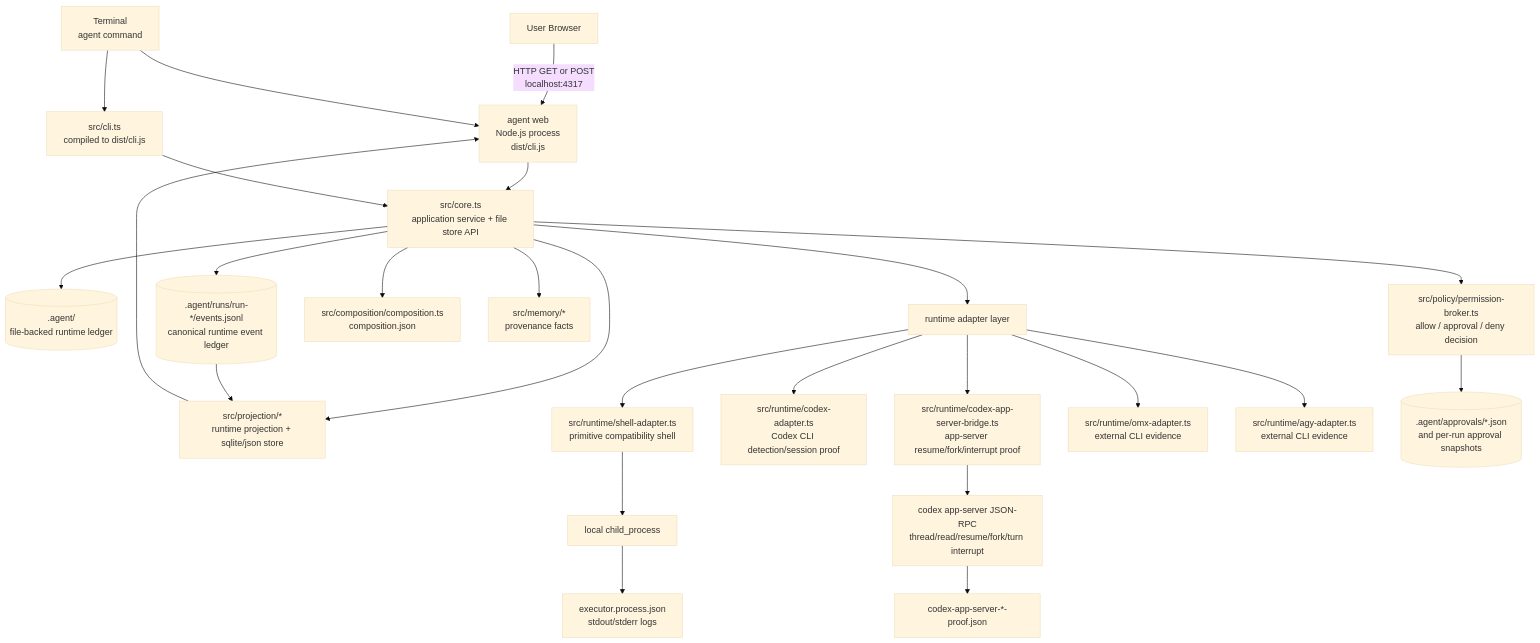
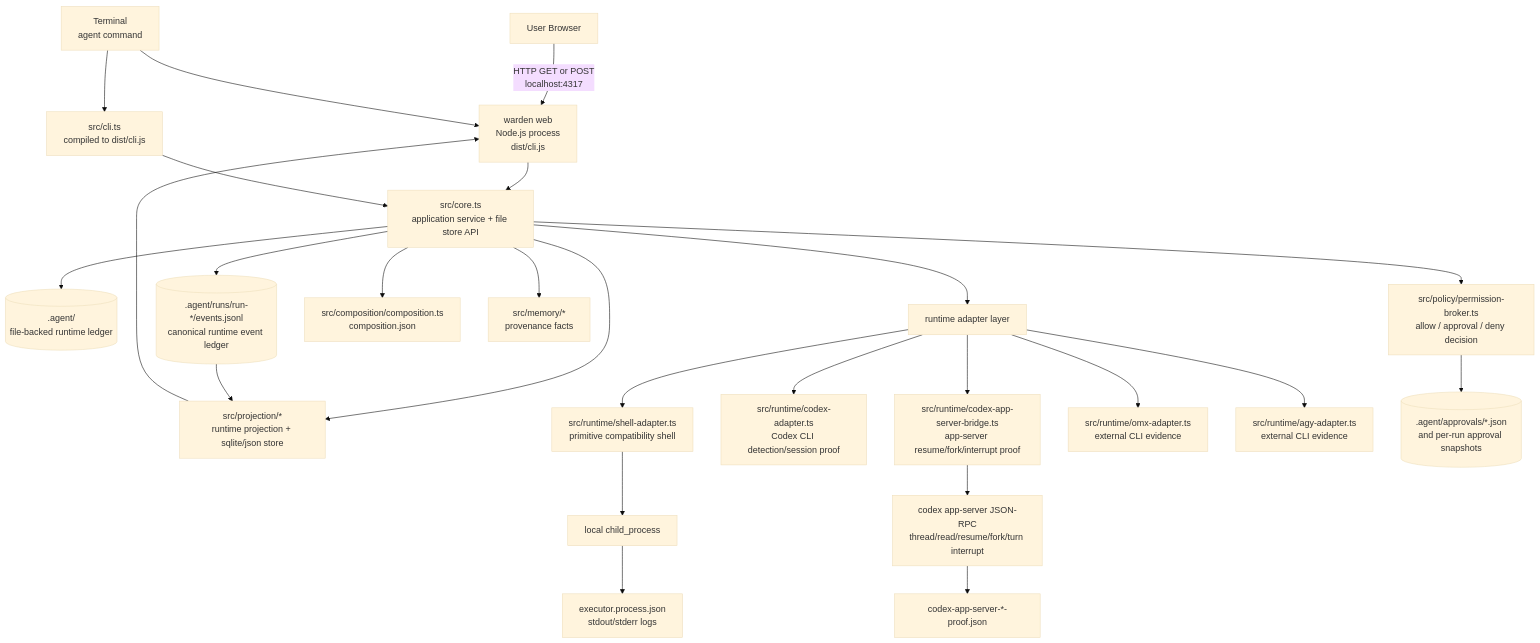
The first of 8 diagrams in docs/architecture/PHYSICAL_RUNTIME_ARCHITECTURE.md (Dongkyu-ES/maestro), drawn with Mermaid (base theme) before and after one commit. The commit also changed other lines of this file and 27 other files, not shown here.

First line of the commit message:
Rename: Dominic Orchestration -> Warden (brand, package, CLI verb, gate identity)

````diff
--- a/docs/architecture/PHYSICAL_RUNTIME_ARCHITECTURE.md
+++ b/docs/architecture/PHYSICAL_RUNTIME_ARCHITECTURE.md
@@ -12,33 +12,33 @@
 ```mermaid
 flowchart TD
-    Browser["User Browser"] -->|"HTTP GET or POST<br/>localhost:4317"| WebServer["agent web<br/>Node.js process<br/>dist/cli.js"]
+    Browser["User Browser"] -->|"HTTP GET or POST<br/>localhost:4317"| WebServer["warden web<br/>Node.js process<br/>dist/cli.js"]
     Terminal["Terminal<br/>agent command"] --> WebServer
     Terminal --> CLI["src/cli.ts<br/>compiled to dist/cli.js"]
 
     WebServer --> Core["src/core.ts<br/>application service + file store API"]
     CLI --> Core
 
     Core --> AgentStore[(".agent/<br/>file-backed runtime ledger")]
     Core --> EventLedger[(".agent/runs/run-*/events.jsonl<br/>canonical runtime event ledger")]
     Core --> Projection["src/projection/*<br/>runtime projection + sqlite/json store"]
     Core --> Policy["src/policy/permission-broker.ts<br/>allow / approval / deny decision"]
     Core --> Composition["src/composition/composition.ts<br/>composition.json"]
     Core --> Memory["src/memory/*<br/>provenance facts"]
 
     Core --> RuntimeAdapters["runtime adapter layer"]
     RuntimeAdapters --> ShellAdapter["src/runtime/shell-adapter.ts<br/>primitive compatibility shell"]
     RuntimeAdapters --> CodexAdapter["src/runtime/codex-adapter.ts<br/>Codex CLI detection/session proof"]
     RuntimeAdapters --> CodexAppServer["src/runtime/codex-app-server-bridge.ts<br/>app-server resume/fork/interrupt proof"]
     RuntimeAdapters --> OmxAdapter["src/runtime/omx-adapter.ts<br/>external CLI evidence"]
     RuntimeAdapters --> AgyAdapter["src/runtime/agy-adapter.ts<br/>external CLI evidence"]
 
     ShellAdapter --> ChildProc["local child_process"]
     ChildProc --> ProcEvidence["executor.process.json<br/>stdout/stderr logs"]
 
     CodexAppServer --> AppServer["codex app-server JSON-RPC<br/>thread/read/resume/fork/turn interrupt"]
     AppServer --> LifecycleProof["codex-app-server-*-proof.json"]
 
     Policy --> Approvals[(".agent/approvals/*.json<br/>and per-run approval snapshots")]
     EventLedger --> Projection
     Projection --> WebServer
 ```
````
